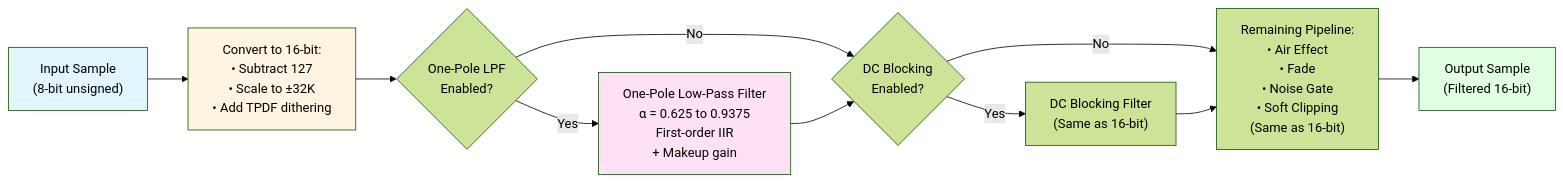
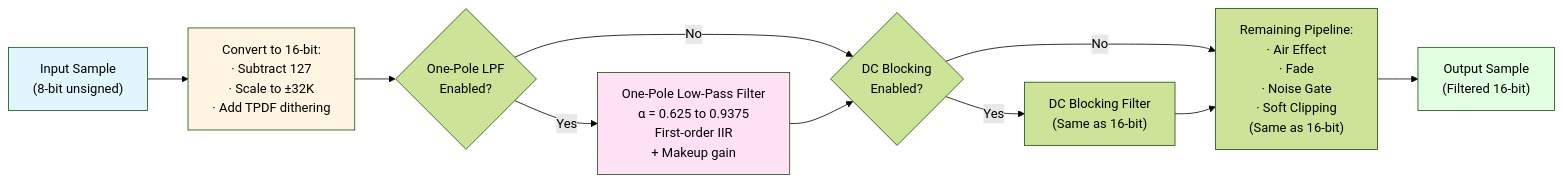
Before and after one commit to JennyDigital/Doorchime-CR2-VSCode: the fifth of 10 diagrams in Application/CR2-VSCode/Docs/site/assets/docs/AUDIO_ENGINE_FLOWCHART.md, drawn with Mermaid (forest theme). The commit also changed other lines of this file and 21 other files, not shown here.

````diff
--- a/Application/CR2-VSCode/Docs/site/assets/docs/AUDIO_ENGINE_FLOWCHART.md
+++ b/Application/CR2-VSCode/Docs/site/assets/docs/AUDIO_ENGINE_FLOWCHART.md
@@ -209,23 +209,23 @@
 ```mermaid
 flowchart LR
-  Input8["Input Sample<br/>(8-bit unsigned)"] --> Convert["Convert to 16-bit:<br/>• Subtract 127<br/>• Scale to ±32K<br/>• Add TPDF dithering"]
+  Input8["Input Sample<br/>(8-bit unsigned)"] --> Convert["Convert to 16-bit:<br/>&middot; Subtract 127<br/>&middot; Scale to ±32K<br/>&middot; Add TPDF dithering"]
   
   Convert --> OnePoleCheck{One-Pole LPF<br/>Enabled?}
   
   OnePoleCheck -->|Yes| OnePole["One-Pole Low-Pass Filter<br/>α = 0.625 to 0.9375<br/>First-order IIR<br/>+ Makeup gain"]
   OnePoleCheck -->|No| DCCheck8
   
   OnePole --> DCCheck8{DC Blocking<br/>Enabled?}
   
   DCCheck8 -->|Yes| DC8["DC Blocking Filter<br/>(Same as 16-bit)"]
-  DCCheck8 -->|No| Rest8["Remaining Pipeline:<br/>• Air Effect<br/>• Fade<br/>• Noise Gate<br/>• Soft Clipping<br/>(Same as 16-bit)"]
+  DCCheck8 -->|No| Rest8["Remaining Pipeline:<br/>&middot; Air Effect<br/>&middot; Fade<br/>&middot; Noise Gate<br/>&middot; Soft Clipping<br/>(Same as 16-bit)"]
   
   DC8 --> Rest8
   
   Rest8 --> Output8["Output Sample<br/>(Filtered 16-bit)"]
 
   style Input8 fill:#e1f5ff,color:#000000
   style Convert fill:#fff4e1,color:#000000
   style OnePole fill:#ffe1f5,color:#000000
   style Output8 fill:#e1ffe1,color:#000000
 ```
````
